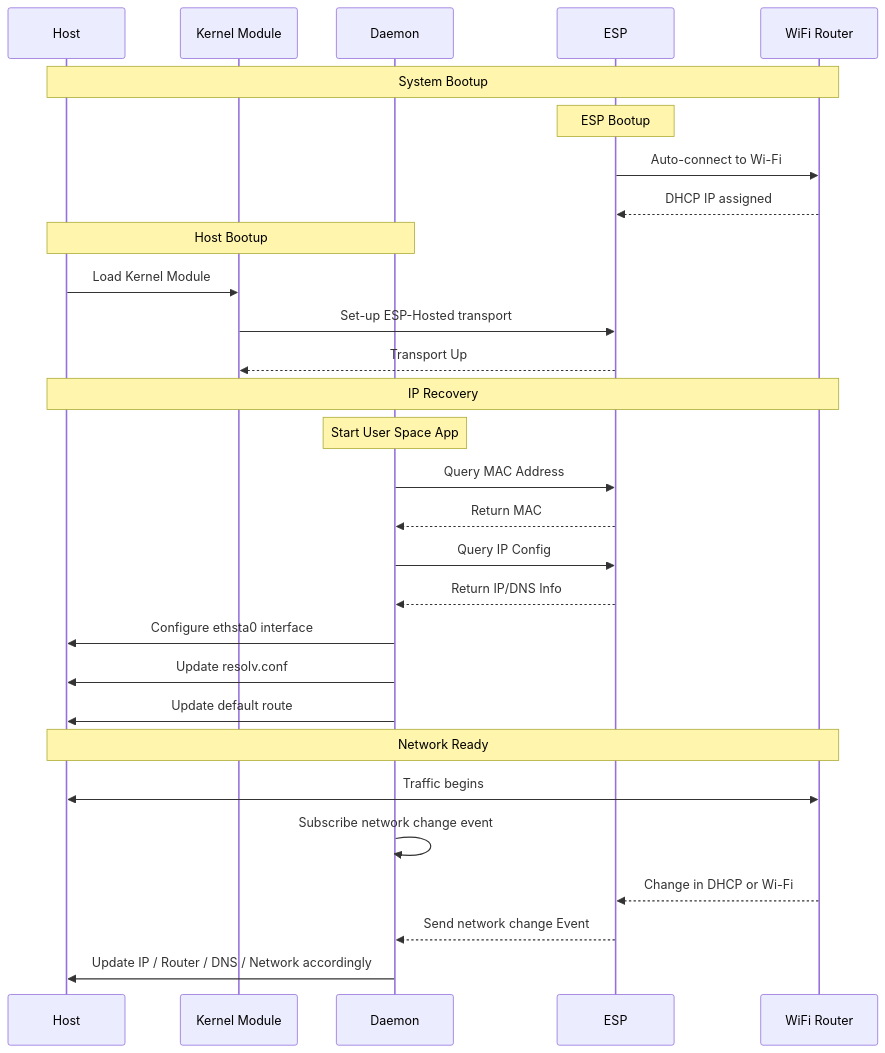
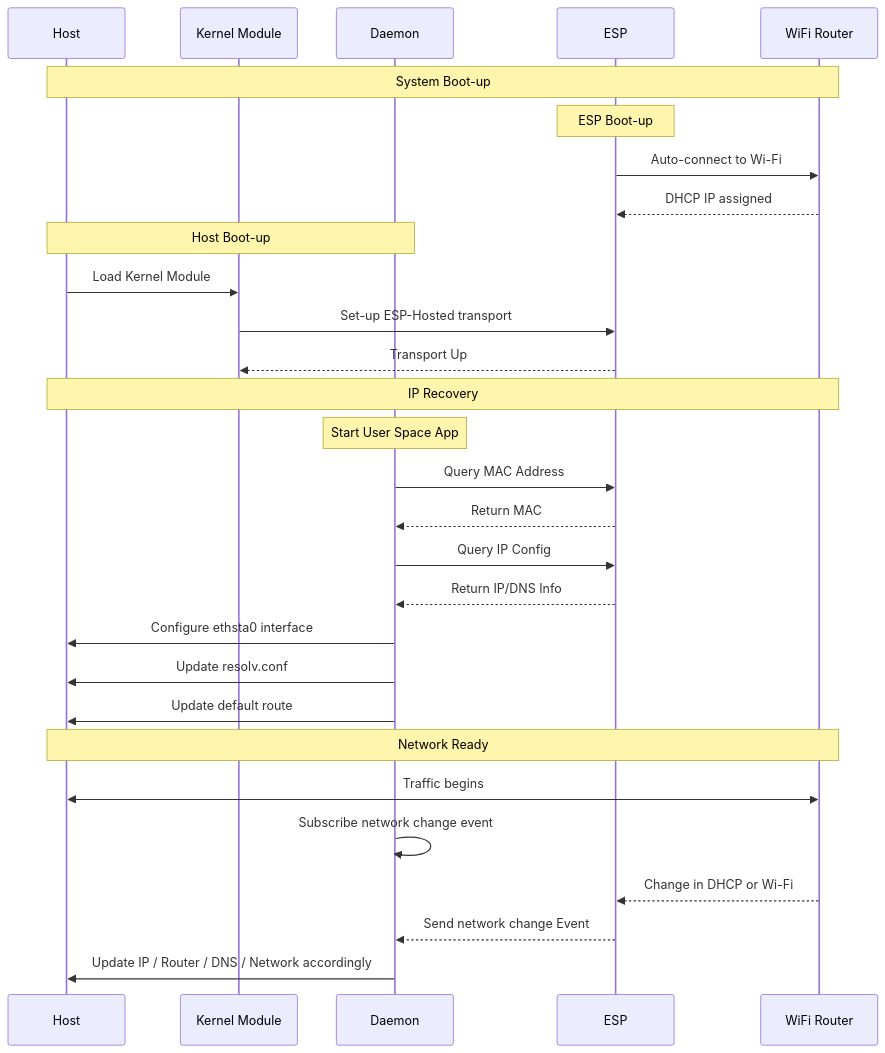
Before and after one commit to espressif/esp-hosted: the diagram in esp_hosted_fg/docs/Linux_based_host/Auto_Network_Setup.md, drawn with Mermaid. The commit also changed 21 other files, not shown here.

`````diff
--- a/esp_hosted_fg/docs/Linux_based_host/Auto_Network_Setup.md
+++ b/esp_hosted_fg/docs/Linux_based_host/Auto_Network_Setup.md
@@ -48,37 +48,37 @@
 ```mermaid
 sequenceDiagram
     participant Host
     participant KMod as Kernel Module
     participant Daemon
     participant ESP
 
     participant Router as WiFi Router
-    Note over Host,Router: System Bootup
-    Note over ESP: ESP Bootup
+    Note over Host,Router: System Boot-up
+    Note over ESP: ESP Boot-up
     ESP->>Router: Auto-connect to Wi-Fi
     Router-->>ESP: DHCP IP assigned
 
-    Note over Host,Daemon: Host Bootup
+    Note over Host,Daemon: Host Boot-up
     Host->>KMod: Load Kernel Module
     KMod->>ESP: Set-up ESP-Hosted transport
     ESP-->>KMod: Transport Up
 
     Note over Host,Router: IP Recovery
     Note over Daemon: Start User Space App
     Daemon->>ESP: Query MAC Address
     ESP-->>Daemon: Return MAC
     Daemon->>ESP: Query IP Config
     ESP-->>Daemon: Return IP/DNS Info
     Daemon->>Host: Configure ethsta0 interface
     Daemon->>Host: Update resolv.conf
     Daemon->>Host: Update default route
 
     Note over Host,Router: Network Ready
     Host<<->>Router: Traffic begins
 
     Daemon->>Daemon: Subscribe network change event
     Router-->>ESP: Change in DHCP or Wi-Fi
     ESP-->>Daemon: Send network change Event
     Daemon->>Host: Update IP / Router / DNS / Network accordingly
 
 ````
`````
